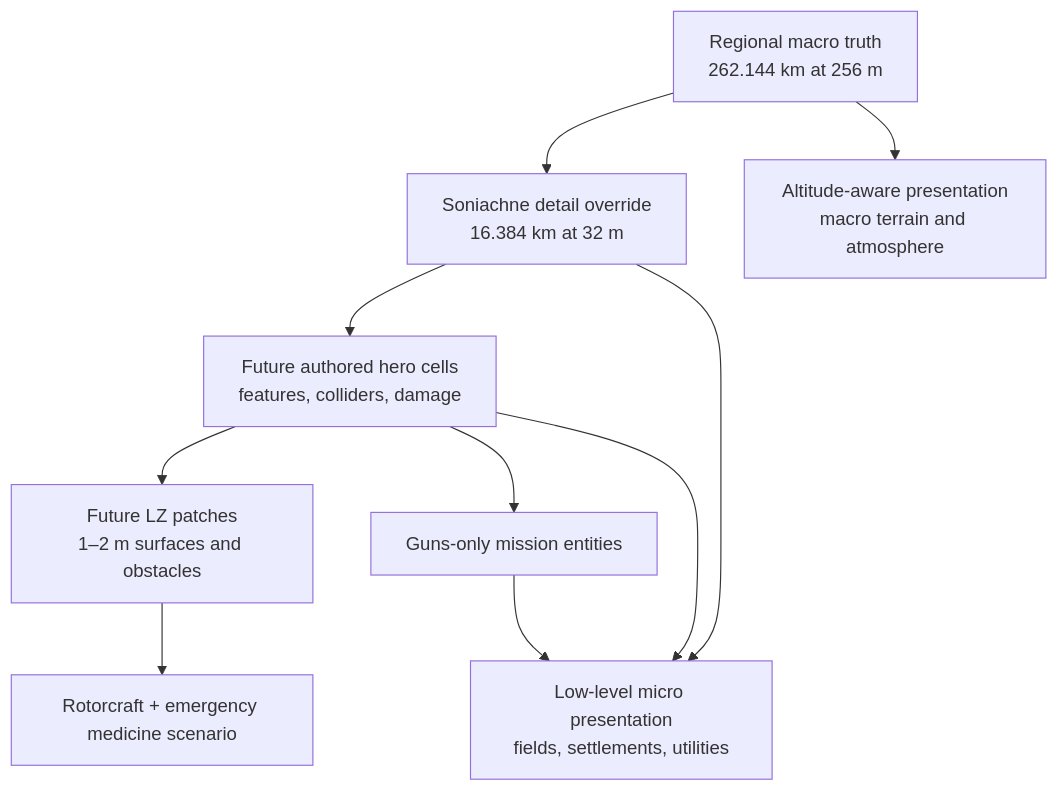
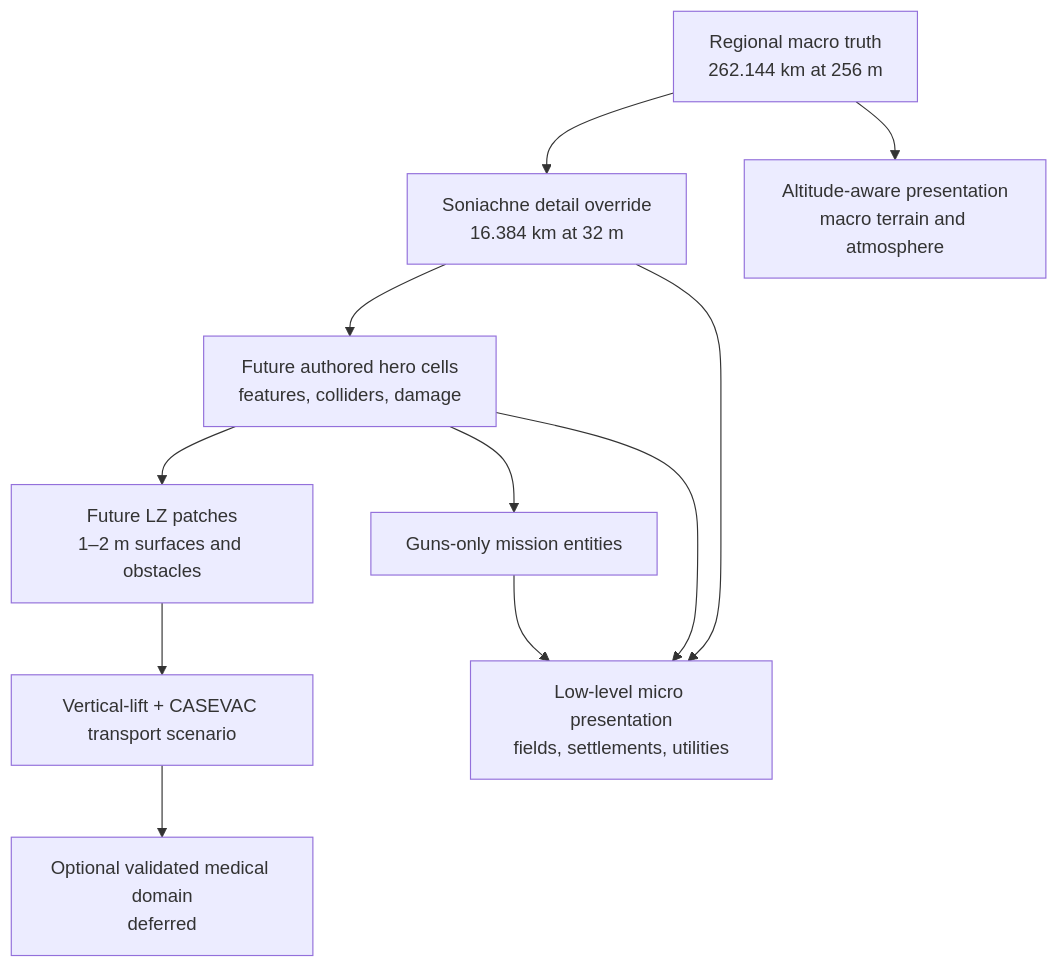
Before and after one commit to todd866/guns-only: the diagram in docs/ukraine-low-level-scenery.md, drawn with Mermaid. The commit also changed other lines of this file and 3 other files, not shown here.

````diff
--- a/docs/ukraine-low-level-scenery.md
+++ b/docs/ukraine-low-level-scenery.md
@@ -20,12 +20,13 @@
 ```mermaid
 flowchart TD
     A["Regional macro truth<br/>262.144 km at 256 m"] --> B["Soniachne detail override<br/>16.384 km at 32 m"]
     B --> C["Future authored hero cells<br/>features, colliders, damage"]
     C --> D["Future LZ patches<br/>1–2 m surfaces and obstacles"]
     C --> E["Guns-only mission entities"]
-    D --> F["Rotorcraft + emergency medicine scenario"]
+    D --> F["Vertical-lift + CASEVAC transport scenario"]
+    F --> I["Optional validated medical domain<br/>deferred"]
     A --> G["Altitude-aware presentation<br/>macro terrain and atmosphere"]
     B --> H["Low-level micro presentation<br/>fields, settlements, utilities"]
     C --> H
     E --> H
 ```
````
